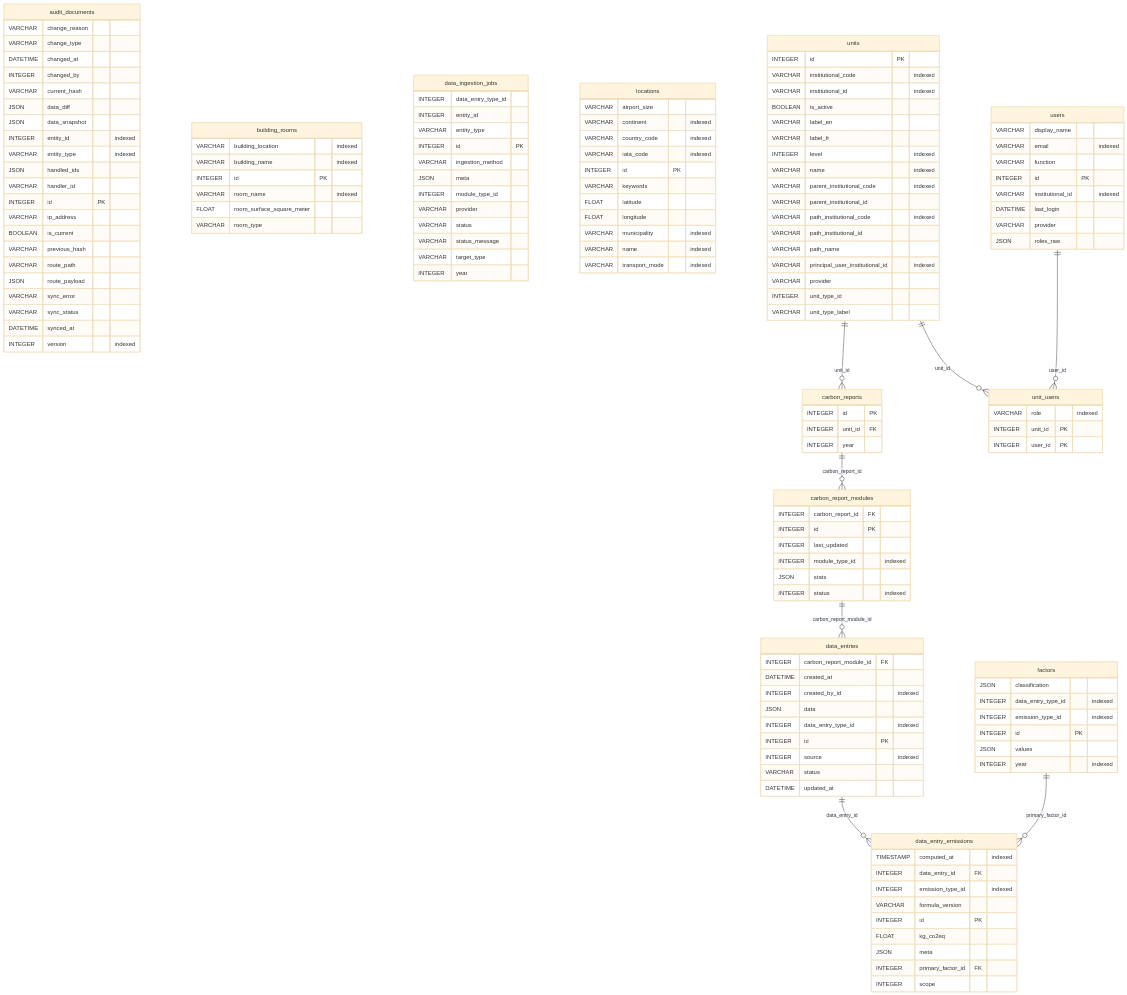
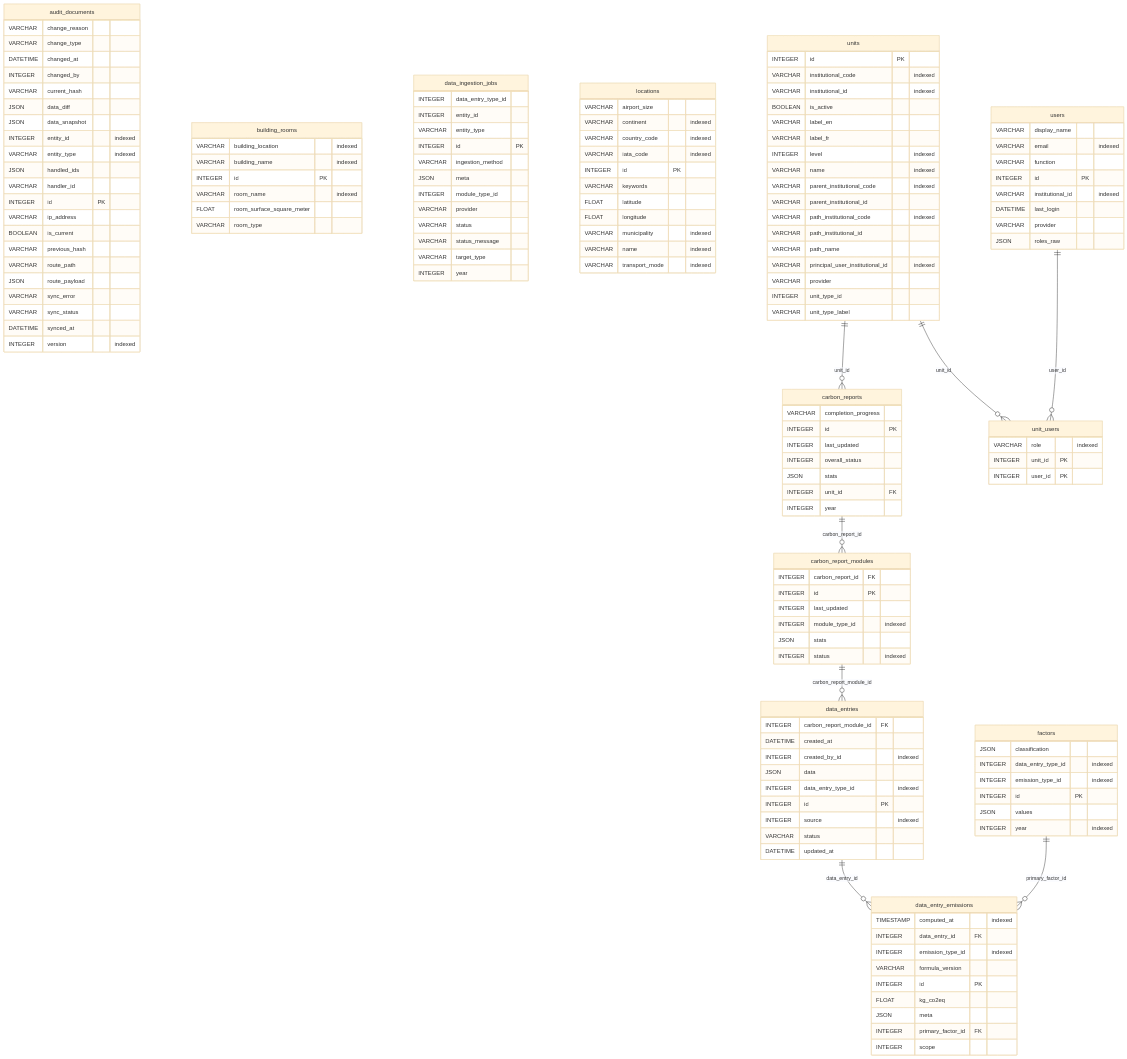
The diagram in docs/src/database/erd.md (EPFL-ENAC/co2-calculator), drawn with Mermaid (base theme) before and after one commit. The commit also changed 10 other files, not shown here.

```diff
--- a/docs/src/database/erd.md
+++ b/docs/src/database/erd.md
@@ -42,7 +42,11 @@
     INTEGER status "indexed"
   }
   carbon_reports {
+    VARCHAR completion_progress
     INTEGER id PK
+    INTEGER last_updated
+    INTEGER overall_status
+    JSON stats
     INTEGER unit_id FK
     INTEGER year
   }
```
